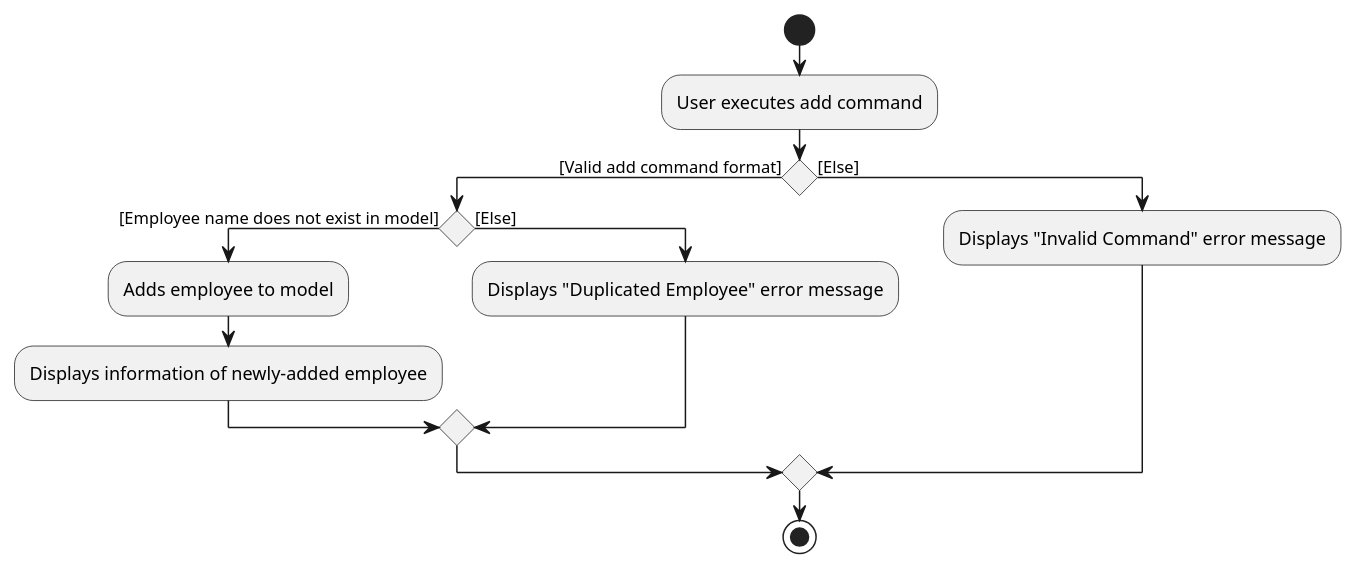
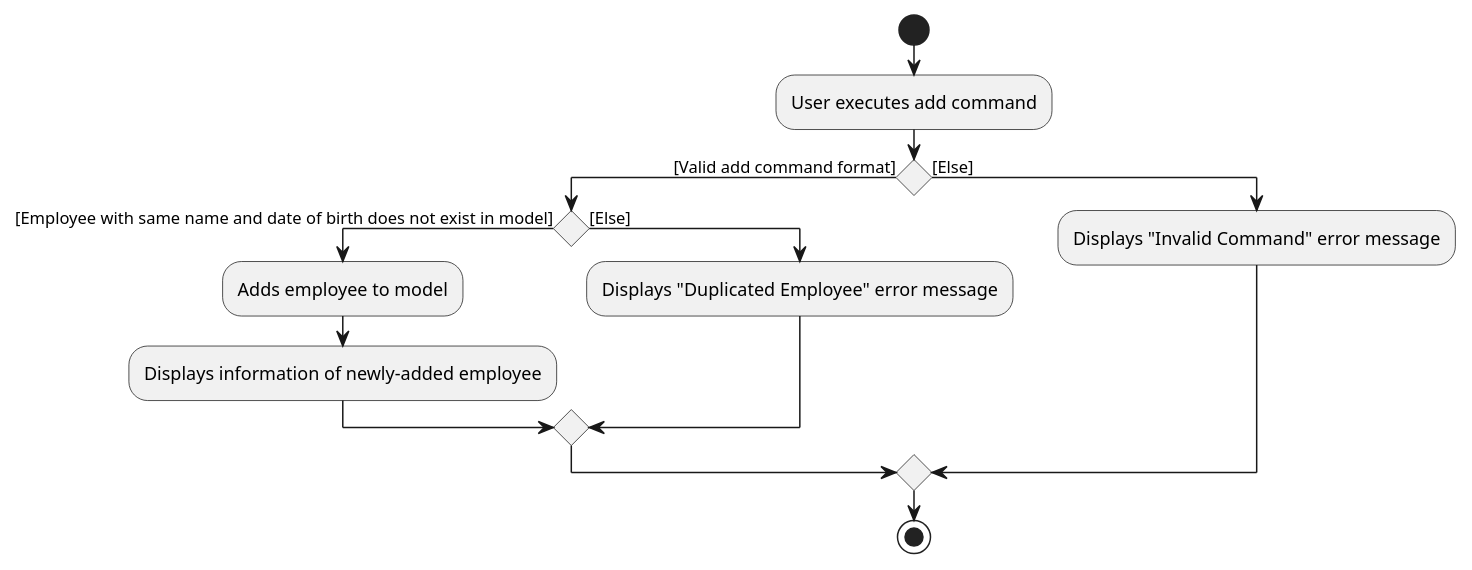
Before and after one commit to nus-tic4002-AY2021S2/tp2: the diagram in docs/diagrams/AddActivityDiagram.puml, drawn with PlantUML. The commit also changed 1 other file, not shown here.

Commit message:
Update diagram to make it more precise

```diff
--- a/docs/diagrams/AddActivityDiagram.puml
+++ b/docs/diagrams/AddActivityDiagram.puml
@@ -1,15 +1,15 @@
 @startuml
 start
 :User executes add command;
 if () then ([Valid add command format])
-    if () then ([Employee name does not exist in model])
+    if () then ([Employee with same name and date of birth does not exist in model])
         :Adds employee to model;
         :Displays information of newly-added employee;
     else ([Else])
         :Displays "Duplicated Employee" error message;
     endif
 else ([Else])
     :Displays "Invalid Command" error message;
 endif
 stop
 @enduml
```
